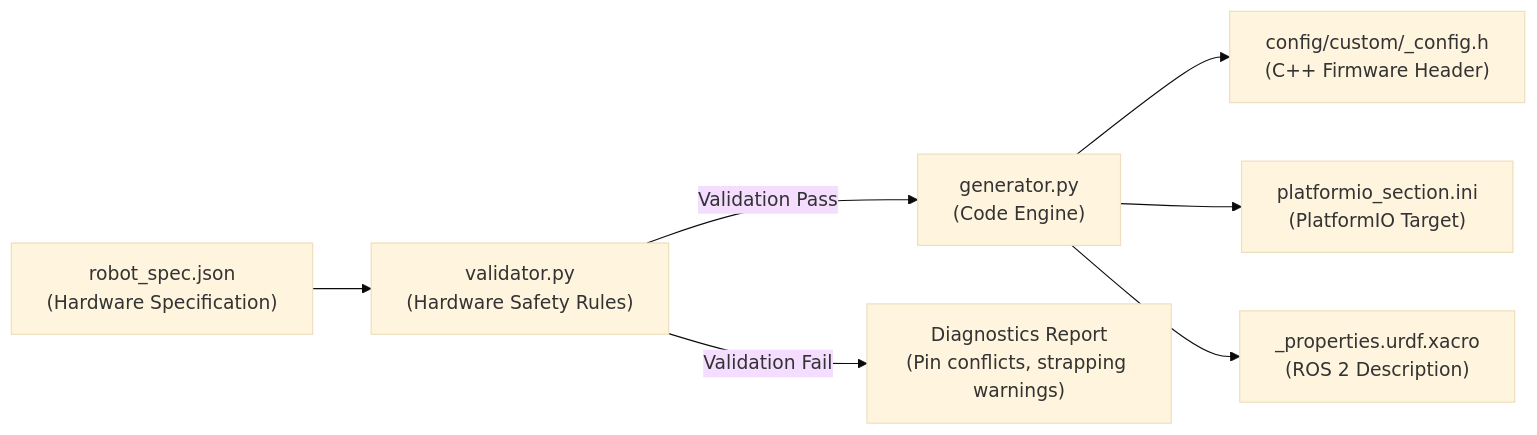
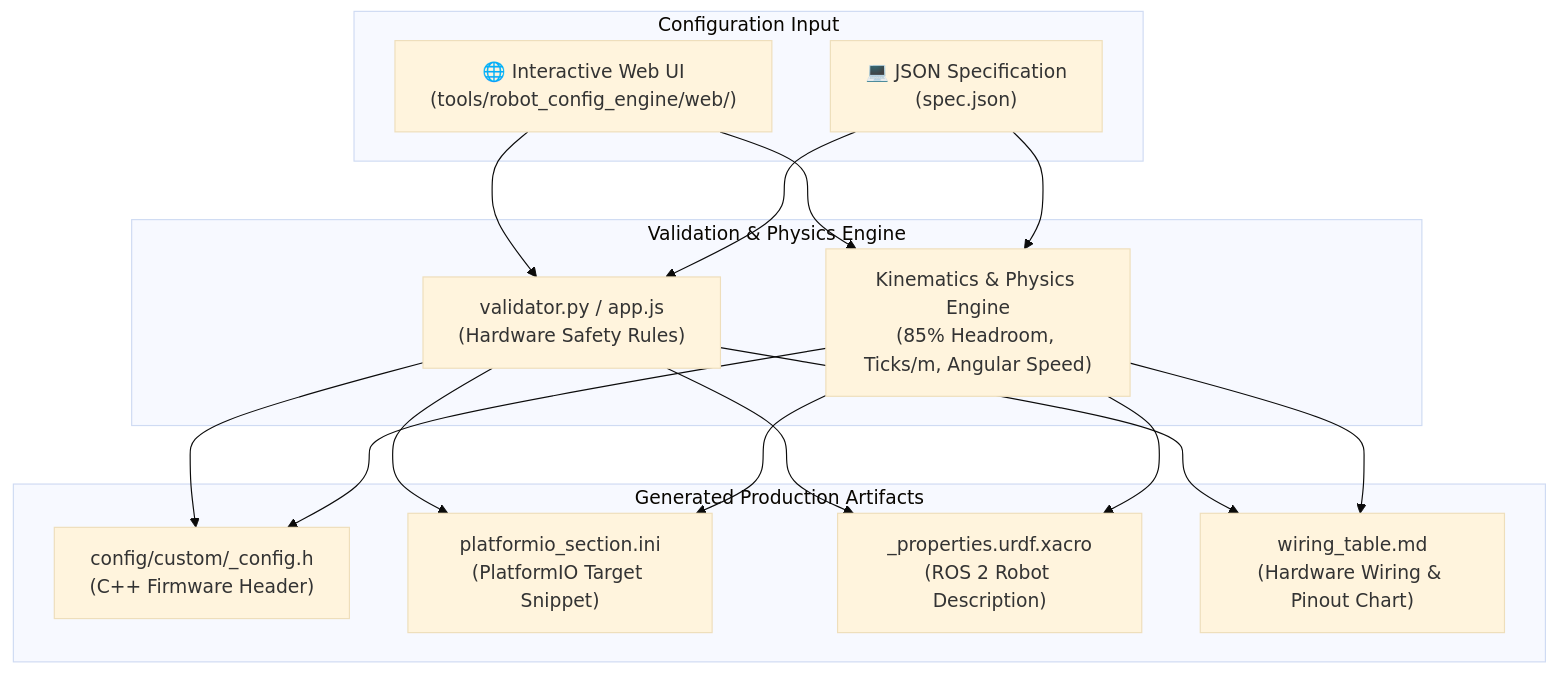
Before and after one commit to hippo5329/linorobot2: the diagram in docs/customization/09_ai_robot_config_engine.md, drawn with Mermaid (base theme). The commit also changed other lines of this file, not shown here.

Commit message:
docs: update Chapter 9 with dedicated Web UI user guide

````diff
--- a/docs/customization/09_ai_robot_config_engine.md
+++ b/docs/customization/09_ai_robot_config_engine.md
@@ -20,9 +24,23 @@
 ```mermaid
-flowchart LR
-    A["robot_spec.json\n(Hardware Specification)"] --> B["validator.py\n(Hardware Safety Rules)"]
-    B -->|Validation Pass| C["generator.py\n(Code Engine)"]
-    B -->|Validation Fail| E["Diagnostics Report\n(Pin conflicts, strapping warnings)"]
-    C --> D1["config/custom/<robot>_config.h\n(C++ Firmware Header)"]
-    C --> D2["platformio_section.ini\n(PlatformIO Target)"]
-    C --> D3["<robot>_properties.urdf.xacro\n(ROS 2 Description)"]
+flowchart TD
+    subgraph Input_Modes [Configuration Input]
+        W["🌐 Interactive Web UI\n(tools/robot_config_engine/web/)"]
+        C["💻 JSON Specification\n(spec.json)"]
+    end
+
+    subgraph Core_Engine [Validation & Physics Engine]
+        V["validator.py / app.js\n(Hardware Safety Rules)"]
+        K["Kinematics & Physics Engine\n(85% Headroom, Ticks/m, Angular Speed)"]
+    end
+
+    subgraph Generated_Artifacts [Generated Production Artifacts]
+        D1["config/custom/<robot_name>_config.h\n(C++ Firmware Header)"]
+        D2["platformio_section.ini\n(PlatformIO Target Snippet)"]
+        D3["<robot_name>_properties.urdf.xacro\n(ROS 2 Robot Description)"]
+        D4["wiring_table.md\n(Hardware Wiring & Pinout Chart)"]
+    end
+
+    W --> V & K
+    C --> V & K
+    V & K --> D1 & D2 & D3 & D4
 ```
````
